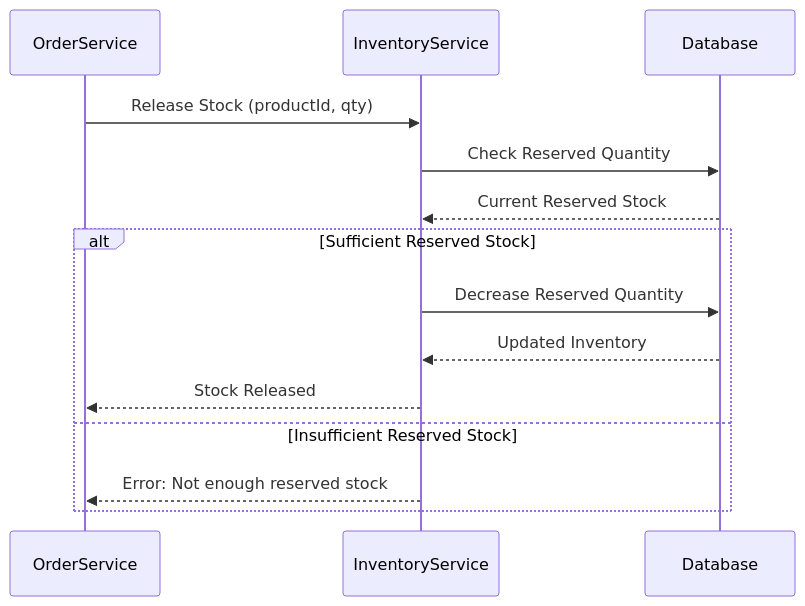
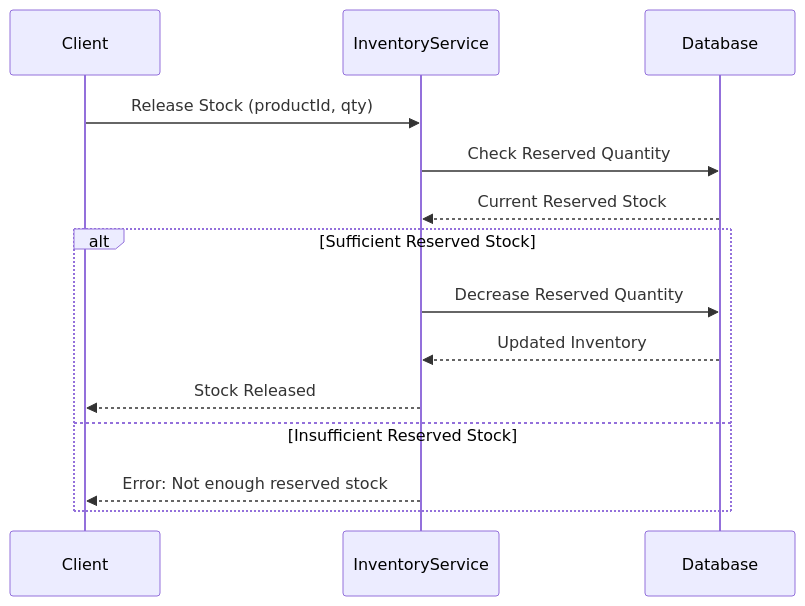
One commit to dbortoluzzi/corep-cloud-product-catalog changed the fourth of 5 diagrams in USE_CASE.md. Above: the diagram before and after it, drawn with Mermaid. The commit also changed other lines of this file, not shown here.

Commit message:
Update workflows: replace OrderService with Client in diagrams

````diff
--- a/USE_CASE.md
+++ b/USE_CASE.md
@@ -302,17 +302,17 @@
 ```mermaid
 sequenceDiagram
-    participant OrderService
+    participant Client
     participant InventoryService
     participant Database
 
-    OrderService->>InventoryService: Release Stock (productId, qty)
+    Client->>InventoryService: Release Stock (productId, qty)
     InventoryService->>Database: Check Reserved Quantity
     Database-->>InventoryService: Current Reserved Stock
     alt Sufficient Reserved Stock
         InventoryService->>Database: Decrease Reserved Quantity
         Database-->>InventoryService: Updated Inventory
-        InventoryService-->>OrderService: Stock Released
+        InventoryService-->>Client: Stock Released
     else Insufficient Reserved Stock
-        InventoryService-->>OrderService: Error: Not enough reserved stock
+        InventoryService-->>Client: Error: Not enough reserved stock
     end
 ```
````
